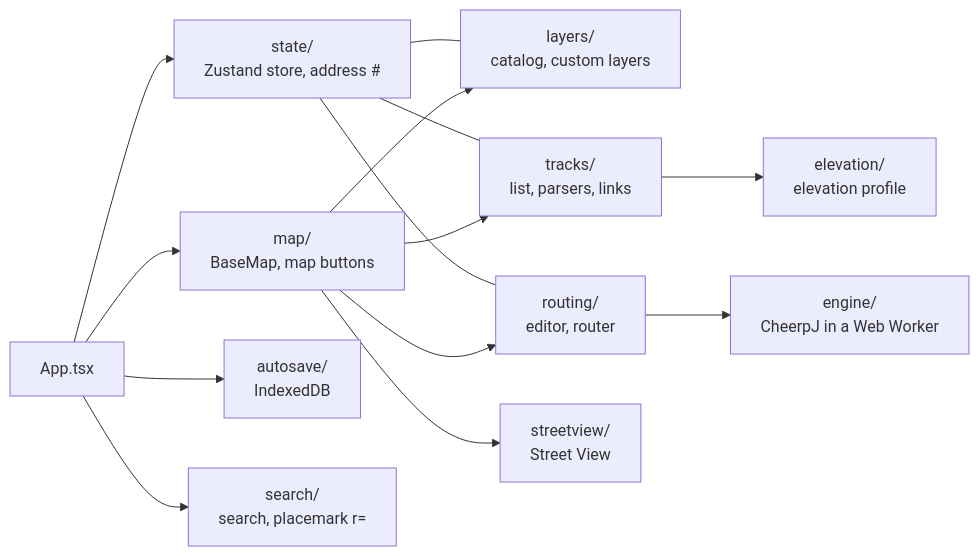
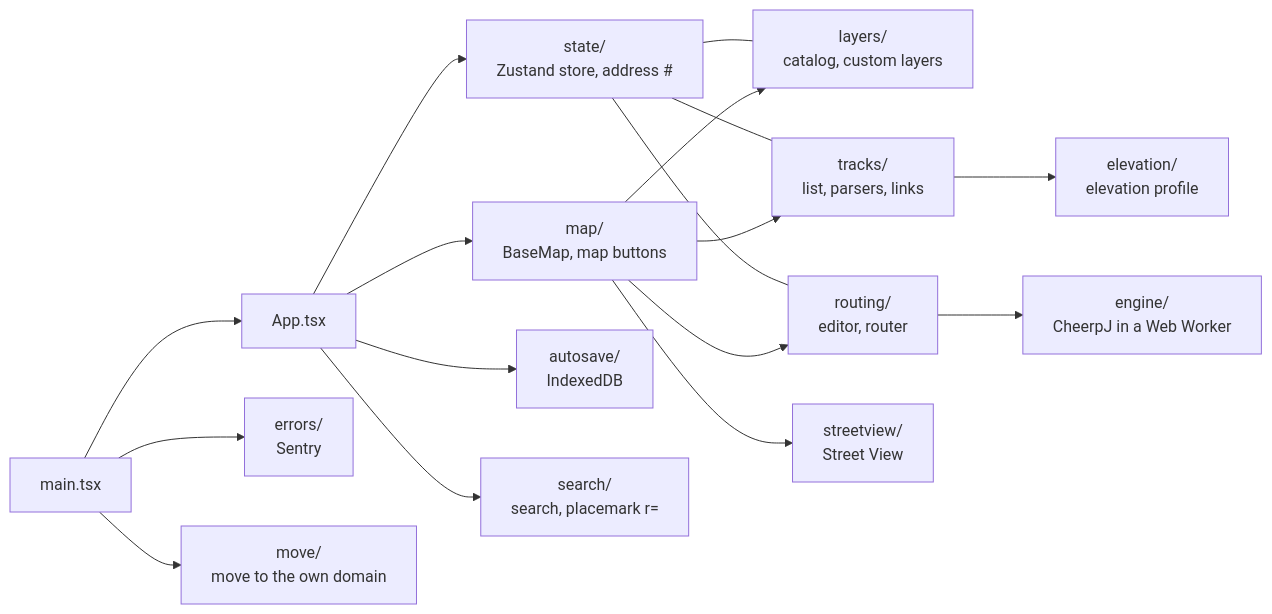
One commit to sergeycw/trailroutine changed the first of 3 diagrams in docs/architecture/client.md. Above: the diagram before and after it, drawn with Mermaid. The commit also changed other lines of this file and 8 other files, not shown here.

First line of the commit message:
describe the current system in the architecture docs

````diff
--- a/docs/architecture/client.md
+++ b/docs/architecture/client.md
@@ -11,28 +11,33 @@
 ```mermaid
 flowchart LR
     app["App.tsx"]
     store["state/<br/>Zustand store, address #"]
     map["map/<br/>BaseMap, map buttons"]
     layers["layers/<br/>catalog, custom layers"]
     tracks["tracks/<br/>list, parsers, links"]
     routing["routing/<br/>editor, router"]
     engine["engine/<br/>CheerpJ in a Web Worker"]
     autosave["autosave/<br/>IndexedDB"]
     elevation["elevation/<br/>elevation profile"]
     search["search/<br/>search, placemark r="]
     streetview["streetview/<br/>Street View"]
+    errors["errors/<br/>Sentry"]
+    move["move/<br/>move to the own domain"]
 
     app --> store
     app --> map
     app --> autosave
     map --> layers
     map --> tracks
     map --> routing
     map --> streetview
     tracks --> elevation
     routing --> engine
     app --> search
     store --- tracks
     store --- routing
     store --- layers
+    main["main.tsx"] --> errors
+    main --> move
+    main --> app
 ```
````
